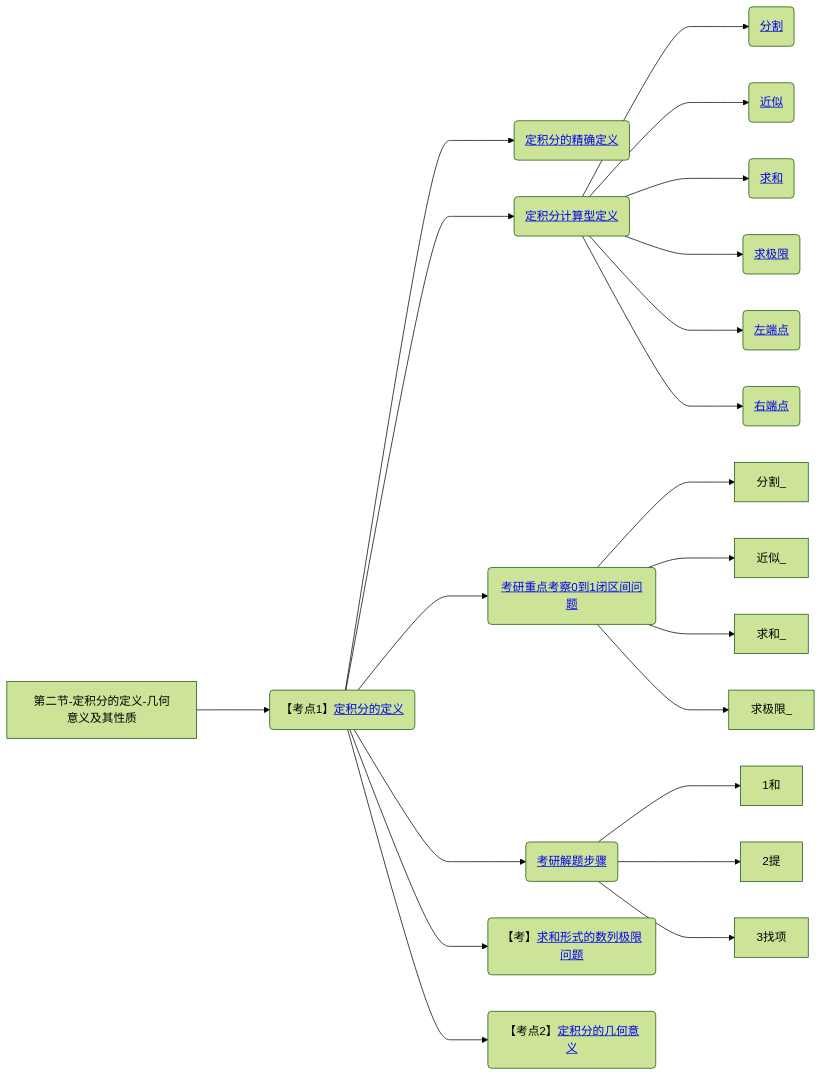
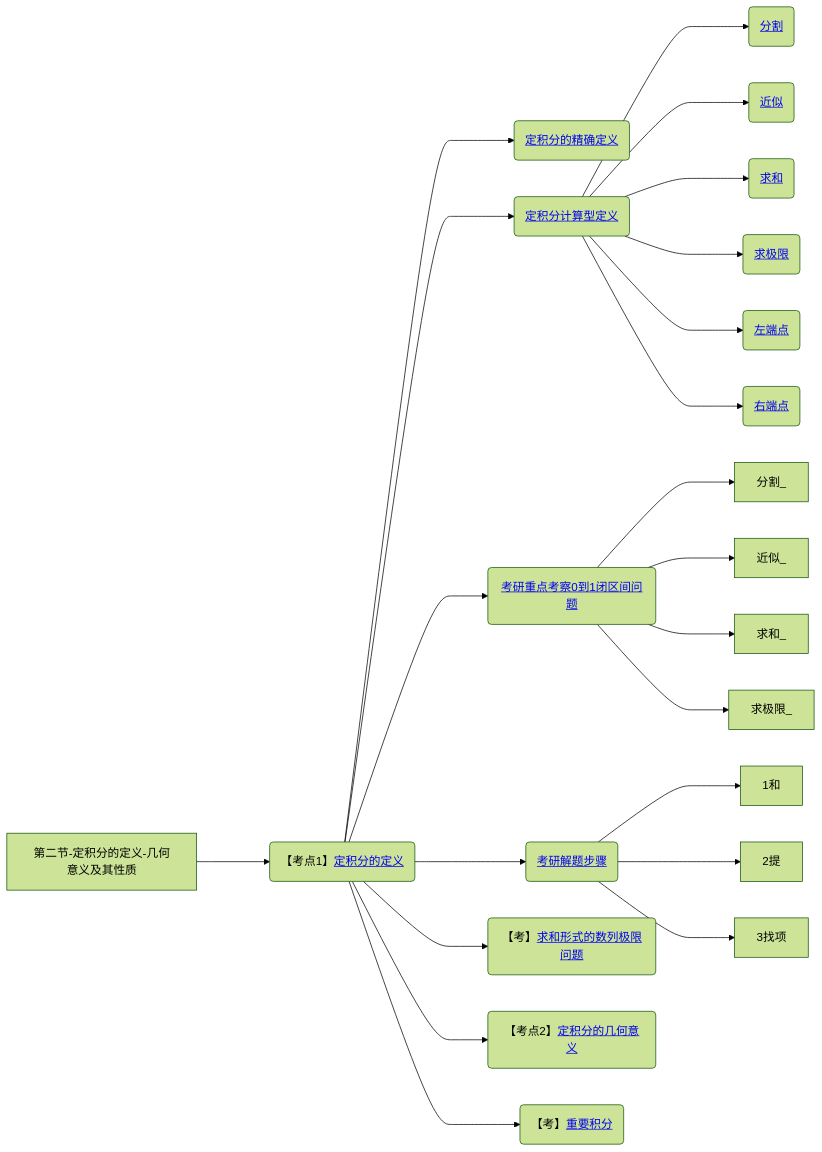
One commit to yuebinghui/note changed diagram 19 of 19 in 笔记/数学/周洋鑫/01.基础班思维导图.md. Above: the diagram before and after it, drawn with Mermaid (forest theme). The commit also changed 6 other files, not shown here.

````diff
--- a/笔记/数学/周洋鑫/01.基础班思维导图.md
+++ b/笔记/数学/周洋鑫/01.基础班思维导图.md
@@ -694,33 +694,34 @@
 ```mermaid
 graph LR
 第二节-定积分的定义-几何意义及其性质
 
 第二节-定积分的定义-几何意义及其性质--->定积分的定义(【考点1】<a href="/Users/yuebinghui/Documents/program/github/note/笔记/数学/周洋鑫/基础班/21.定积分的定义_1.md#定积分的定义">定积分的定义</>)
 
 定积分的定义--->定积分的精确定义(<a href="/Users/yuebinghui/Documents/program/github/note/笔记/数学/周洋鑫/基础班/21.定积分的定义_1.md#定积分的精确定义">定积分的精确定义</>)
 定积分的精确定义
 定积分的定义--->定积分计算型定义(<a href="/Users/yuebinghui/Documents/program/github/note/笔记/数学/周洋鑫/基础班/21.定积分的定义_1.md#定积分计算型定义">定积分计算型定义</>)
 定积分计算型定义--->分割(<a href="/Users/yuebinghui/Documents/program/github/note/笔记/数学/周洋鑫/基础班/21.定积分的定义_1.md#分割">分割</>)
 定积分计算型定义--->近似(<a href="/Users/yuebinghui/Documents/program/github/note/笔记/数学/周洋鑫/基础班/21.定积分的定义_1.md#近似">近似</>)
 定积分计算型定义--->求和(<a href="/Users/yuebinghui/Documents/program/github/note/笔记/数学/周洋鑫/基础班/21.定积分的定义_1.md#求和">求和</>)
 定积分计算型定义--->求极限(<a href="/Users/yuebinghui/Documents/program/github/note/笔记/数学/周洋鑫/基础班/21.定积分的定义_1.md#求极限">求极限</>)
 定积分计算型定义--->左端点(<a href="/Users/yuebinghui/Documents/program/github/note/笔记/数学/周洋鑫/基础班/21.定积分的定义_1.md#左端点">左端点</>)
 定积分计算型定义--->右端点(<a href="/Users/yuebinghui/Documents/program/github/note/笔记/数学/周洋鑫/基础班/21.定积分的定义_1.md#右端点">右端点</>)
 
 定积分的定义--->考研重点考察0到1闭区间问题(<a href="/Users/yuebinghui/Documents/program/github/note/笔记/数学/周洋鑫/基础班/21.定积分的定义_1.md#考研重点考察0到1闭区间问题">考研重点考察0到1闭区间问题</>)
 考研重点考察0到1闭区间问题--->分割_
 考研重点考察0到1闭区间问题--->近似_
 考研重点考察0到1闭区间问题--->求和_
 考研重点考察0到1闭区间问题--->求极限_
 
 定积分的定义--->考研解题步骤(<a href="/Users/yuebinghui/Documents/program/github/note/笔记/数学/周洋鑫/基础班/21.定积分的定义_1.md#考研解题步骤">考研解题步骤</>)
 考研解题步骤--->1和
 考研解题步骤--->2提
 考研解题步骤--->3找项
 
 定积分的定义--->求和形式的数列极限问题(【考】<a href="/Users/yuebinghui/Documents/program/github/note/笔记/数学/周洋鑫/基础班/21.定积分的定义_1.md#求和形式的数列极限问题">求和形式的数列极限问题</>)
 
 定积分的定义--->定积分的几何意义(【考点2】<a href="/Users/yuebinghui/Documents/program/github/note/笔记/数学/周洋鑫/基础班/21.定积分的定义_1.md#定积分的几何意义">定积分的几何意义</>)
+定积分的定义--->重要积分(【考】<a href="/Users/yuebinghui/Documents/program/github/note/笔记/数学/周洋鑫/基础班/21.定积分的定义_1.md#重要积分">重要积分</>)
 
 
 ```
````
